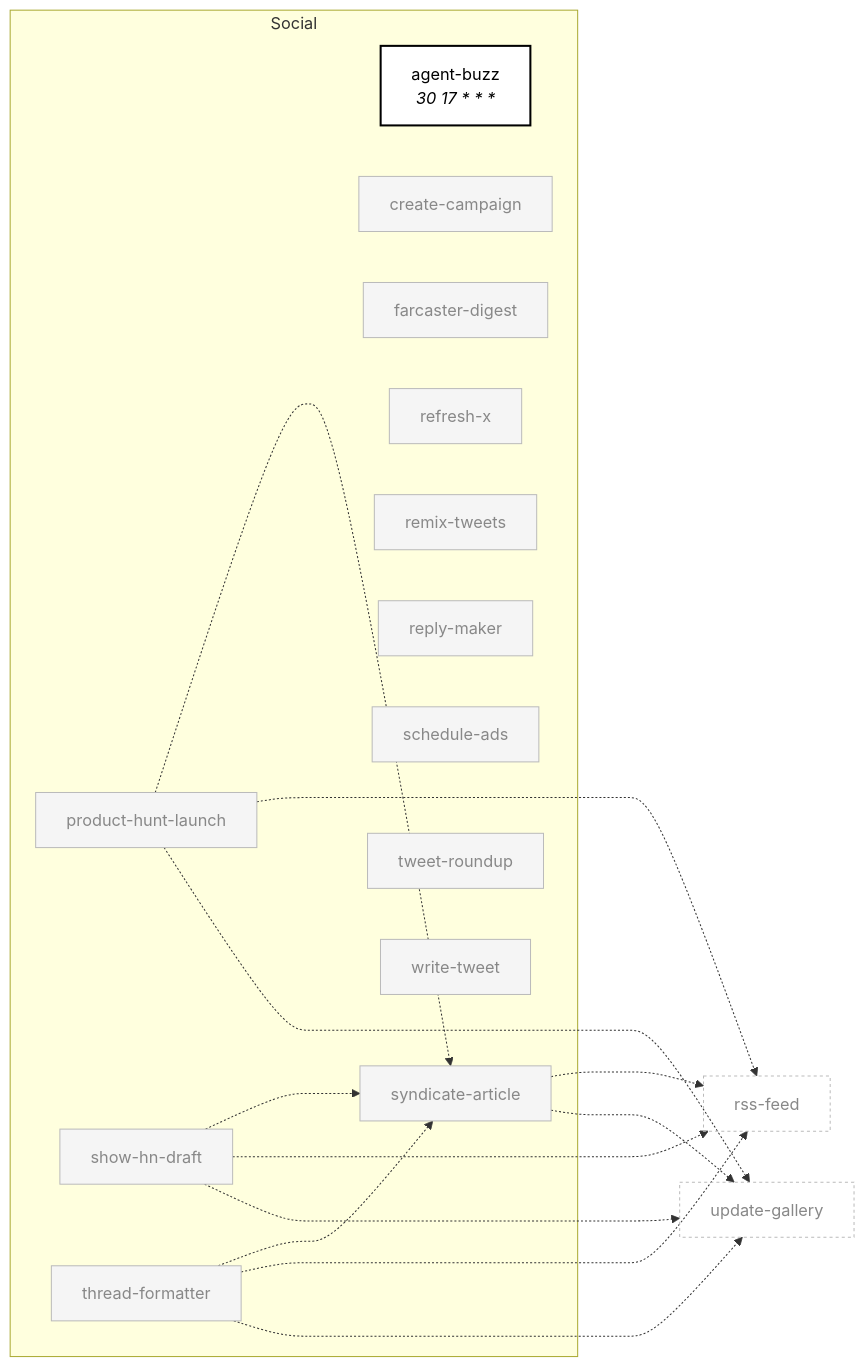
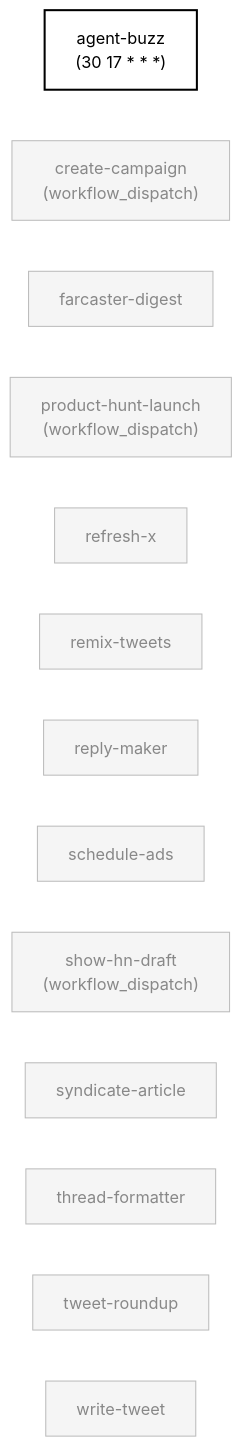
The seventh of 7 diagrams in docs/skill-graph.md (anajuliabit/aeon), drawn with Mermaid before and after one commit. The commit also changed other lines of this file and 2 other files, not shown here.

Commit message:
docs(skill-graph): regenerate map (RETIRED_SKILLS: -4 | SHARED_STATE_EDGES: 195->9)

````diff
--- a/docs/skill-graph.md
+++ b/docs/skill-graph.md
@@ -479,60 +451,45 @@
 ```mermaid
 flowchart LR
-    subgraph social_cluster["Social"]
-      agent-buzz["agent-buzz<br/><i>30 17 * * *</i>"]
-      create-campaign["create-campaign"]
-      farcaster-digest["farcaster-digest"]
-      product-hunt-launch["product-hunt-launch"]
-      refresh-x["refresh-x"]
-      remix-tweets["remix-tweets"]
-      reply-maker["reply-maker"]
-      schedule-ads["schedule-ads"]
-      show-hn-draft["show-hn-draft"]
-      syndicate-article["syndicate-article"]
-      thread-formatter["thread-formatter"]
-      tweet-roundup["tweet-roundup"]
-      write-tweet["write-tweet"]
-    end
-    product-hunt-launch -..-> syndicate-article
-    show-hn-draft -..-> syndicate-article
-    thread-formatter -..-> syndicate-article
-    rss-feed_ext["rss-feed"]:::external
-    product-hunt-launch -..-> rss-feed_ext
-    update-gallery_ext["update-gallery"]:::external
-    product-hunt-launch -..-> update-gallery_ext
-    show-hn-draft -..-> rss-feed_ext
-    show-hn-draft -..-> update-gallery_ext
-    syndicate-article -..-> rss-feed_ext
-    syndicate-article -..-> update-gallery_ext
-    thread-formatter -..-> rss-feed_ext
-    thread-formatter -..-> update-gallery_ext
-    class agent-buzz enabled
-    click agent-buzz "../skills/agent-buzz/SKILL.md"
-    class create-campaign disabled
-    click create-campaign "../skills/create-campaign/SKILL.md"
-    class farcaster-digest disabled
-    click farcaster-digest "../skills/farcaster-digest/SKILL.md"
-    class product-hunt-launch disabled
-    click product-hunt-launch "../skills/product-hunt-launch/SKILL.md"
-    class refresh-x disabled
-    click refresh-x "../skills/refresh-x/SKILL.md"
-    class remix-tweets disabled
-    click remix-tweets "../skills/remix-tweets/SKILL.md"
-    class reply-maker disabled
-    click reply-maker "../skills/reply-maker/SKILL.md"
-    class schedule-ads disabled
-    click schedule-ads "../skills/schedule-ads/SKILL.md"
-    class show-hn-draft disabled
-    click show-hn-draft "../skills/show-hn-draft/SKILL.md"
-    class syndicate-article disabled
-    click syndicate-article "../skills/syndicate-article/SKILL.md"
-    class thread-formatter disabled
-    click thread-formatter "../skills/thread-formatter/SKILL.md"
-    class tweet-roundup disabled
-    click tweet-roundup "../skills/tweet-roundup/SKILL.md"
-    class write-tweet disabled
-    click write-tweet "../skills/write-tweet/SKILL.md"
-    classDef enabled fill:#fff,stroke:#000,stroke-width:2px,color:#000
-    classDef disabled fill:#f5f5f5,stroke:#bbb,color:#888
-    classDef external fill:none,stroke:#bbb,stroke-dasharray:3 3,color:#888
+  agent_buzz["agent-buzz<br/>(30 17 * * *)"]
+  create_campaign["create-campaign<br/>(workflow_dispatch)"]
+  farcaster_digest["farcaster-digest"]
+  product_hunt_launch["product-hunt-launch<br/>(workflow_dispatch)"]
+  refresh_x["refresh-x"]
+  remix_tweets["remix-tweets"]
+  reply_maker["reply-maker"]
+  schedule_ads["schedule-ads"]
+  show_hn_draft["show-hn-draft<br/>(workflow_dispatch)"]
+  syndicate_article["syndicate-article"]
+  thread_formatter["thread-formatter"]
+  tweet_roundup["tweet-roundup"]
+  write_tweet["write-tweet"]
+  class agent_buzz enabled
+  click agent_buzz "../skills/agent-buzz/SKILL.md"
+  class create_campaign disabled
+  click create_campaign "../skills/create-campaign/SKILL.md"
+  class farcaster_digest disabled
+  click farcaster_digest "../skills/farcaster-digest/SKILL.md"
+  class product_hunt_launch disabled
+  click product_hunt_launch "../skills/product-hunt-launch/SKILL.md"
+  class refresh_x disabled
+  click refresh_x "../skills/refresh-x/SKILL.md"
+  class remix_tweets disabled
+  click remix_tweets "../skills/remix-tweets/SKILL.md"
+  class reply_maker disabled
+  click reply_maker "../skills/reply-maker/SKILL.md"
+  class schedule_ads disabled
+  click schedule_ads "../skills/schedule-ads/SKILL.md"
+  class show_hn_draft disabled
+  click show_hn_draft "../skills/show-hn-draft/SKILL.md"
+  class syndicate_article disabled
+  click syndicate_article "../skills/syndicate-article/SKILL.md"
+  class thread_formatter disabled
+  click thread_formatter "../skills/thread-formatter/SKILL.md"
+  class tweet_roundup disabled
+  click tweet_roundup "../skills/tweet-roundup/SKILL.md"
+  class write_tweet disabled
+  click write_tweet "../skills/write-tweet/SKILL.md"
+  classDef enabled fill:#fff,stroke:#000,stroke-width:2px,color:#000
+  classDef disabled fill:#f5f5f5,stroke:#bbb,color:#888
+  classDef external fill:none,stroke:#bbb,stroke-dasharray:3 3,color:#888
 ```
````
